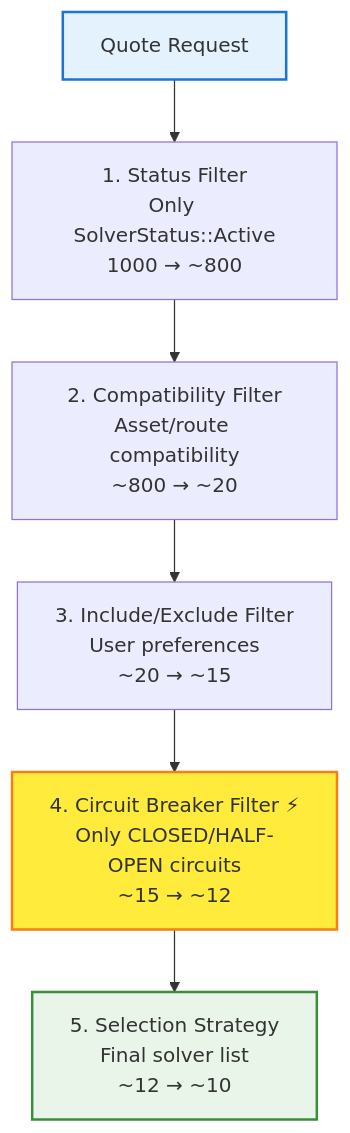
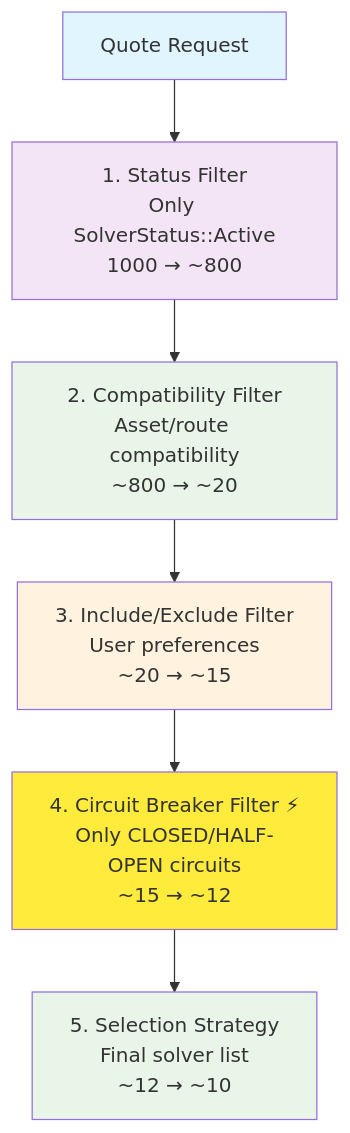
One commit to openintentsframework/oif-aggregator changed the second of 2 diagrams in docs/circuit-breaker.md. Above: the diagram before and after it, drawn with Mermaid. The commit also changed other lines of this file, not shown here.

Commit message:
chore: fix diagram style

````diff
--- a/docs/circuit-breaker.md
+++ b/docs/circuit-breaker.md
@@ -47,12 +36,15 @@
 ```mermaid
-flowchart TD
+graph TD
     A[Quote Request] --> B[1. Status Filter<br/>Only SolverStatus::Active<br/>1000 → ~800]
     B --> C[2. Compatibility Filter<br/>Asset/route compatibility<br/>~800 → ~20]
     C --> D[3. Include/Exclude Filter<br/>User preferences<br/>~20 → ~15]
     D --> E[4. Circuit Breaker Filter ⚡<br/>Only CLOSED/HALF-OPEN circuits<br/>~15 → ~12]
     E --> F[5. Selection Strategy<br/>Final solver list<br/>~12 → ~10]
     
-    style E fill:#ffeb3b,stroke:#f57f17,stroke-width:2px
-    style A fill:#e3f2fd,stroke:#1976d2,stroke-width:2px
-    style F fill:#e8f5e8,stroke:#388e3c,stroke-width:2px
+    style A fill:#e1f5fe
+    style B fill:#f3e5f5
+    style C fill:#e8f5e8
+    style D fill:#fff3e0
+    style E fill:#ffeb3b
+    style F fill:#e8f5e8
 ```
````
